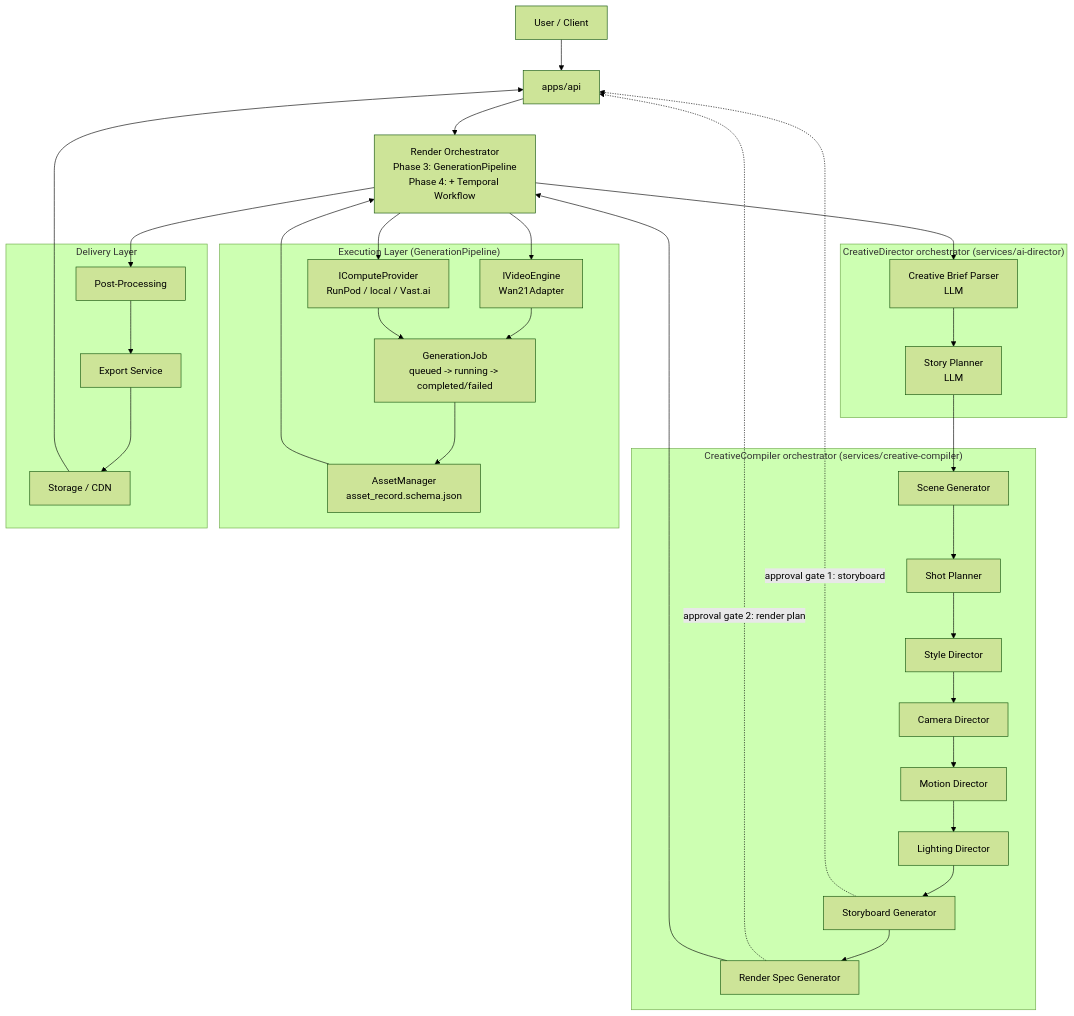
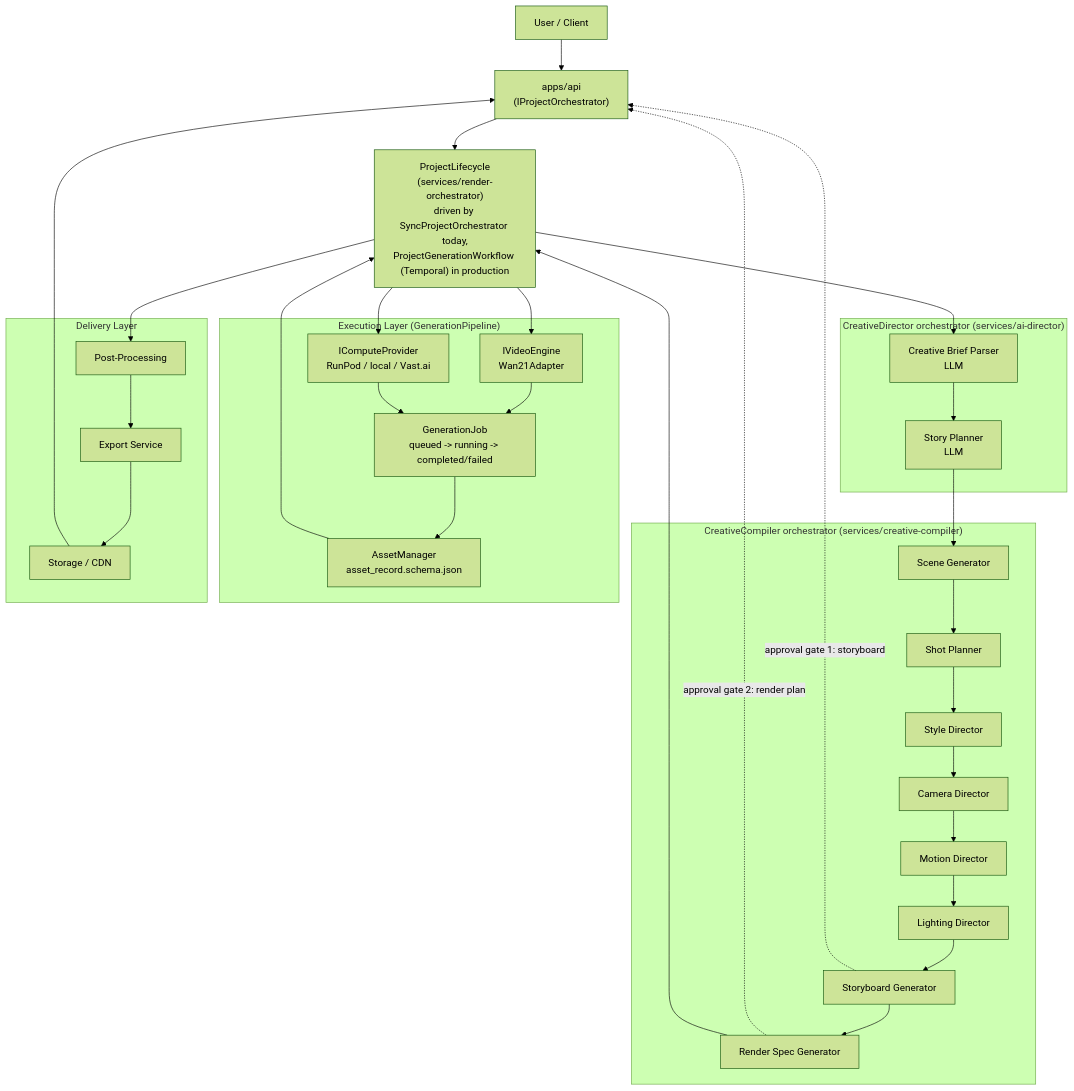
The first of 2 diagrams in docs/ARCHITECTURE.md (Y1X0/sallehly-ai-engine), drawn with Mermaid (forest theme) before and after one commit. The commit also changed other lines of this file and 41 other files, not shown here.

First line of the commit message:
Phase 4: durable workflows, approval gates, and a production API

````diff
--- a/docs/ARCHITECTURE.md
+++ b/docs/ARCHITECTURE.md
@@ -13,50 +13,50 @@
 ```mermaid
 flowchart TD
-    U[User / Client] --> API[apps/api]
-    API --> ORCH[Render Orchestrator<br/>Phase 3: GenerationPipeline<br/>Phase 4: + Temporal Workflow]
+    U[User / Client] --> API["apps/api<br/>(IProjectOrchestrator)"]
+    API --> ORCH["ProjectLifecycle<br/>(services/render-orchestrator)<br/>driven by SyncProjectOrchestrator today,<br/>ProjectGenerationWorkflow (Temporal) in production"]
 
     subgraph CD["CreativeDirector orchestrator (services/ai-director)"]
         BP[Creative Brief Parser<br/>LLM]
         STP[Story Planner<br/>LLM]
         BP --> STP
     end
 
     subgraph CC["CreativeCompiler orchestrator (services/creative-compiler)"]
         SB[Scene Generator]
         SP[Shot Planner]
         STY[Style Director]
         CAM[Camera Director]
         MOT[Motion Director]
         LIT[Lighting Director]
         SG[Storyboard Generator]
         RC[Render Spec Generator]
     end
 
     subgraph L2["Execution Layer (GenerationPipeline)"]
         ENGINE[IVideoEngine<br/>Wan21Adapter]
         COMPUTE[IComputeProvider<br/>RunPod / local / Vast.ai]
         JOB[GenerationJob<br/>queued -> running -> completed/failed]
         ASSET[AssetManager<br/>asset_record.schema.json]
         ENGINE --> JOB
         COMPUTE --> JOB
         JOB --> ASSET
     end
 
     subgraph L3[Delivery Layer]
         PP[Post-Processing]
         EXP[Export Service]
         CDN[Storage / CDN]
     end
 
     ORCH --> BP
     STP --> SB --> SP
     SP --> STY --> CAM --> MOT --> LIT --> SG
     SG -.->|approval gate 1: storyboard| API
     SG --> RC
     RC -.->|approval gate 2: render plan| API
     RC --> ORCH
     ORCH --> ENGINE
     ORCH --> COMPUTE
     ASSET --> ORCH
     ORCH --> PP --> EXP --> CDN --> API
 ```
````
